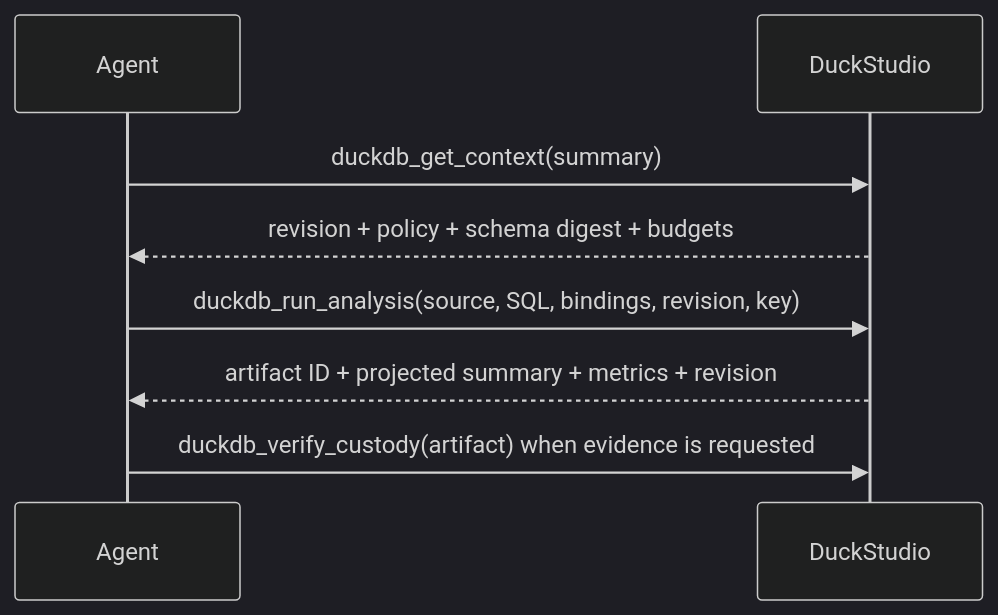
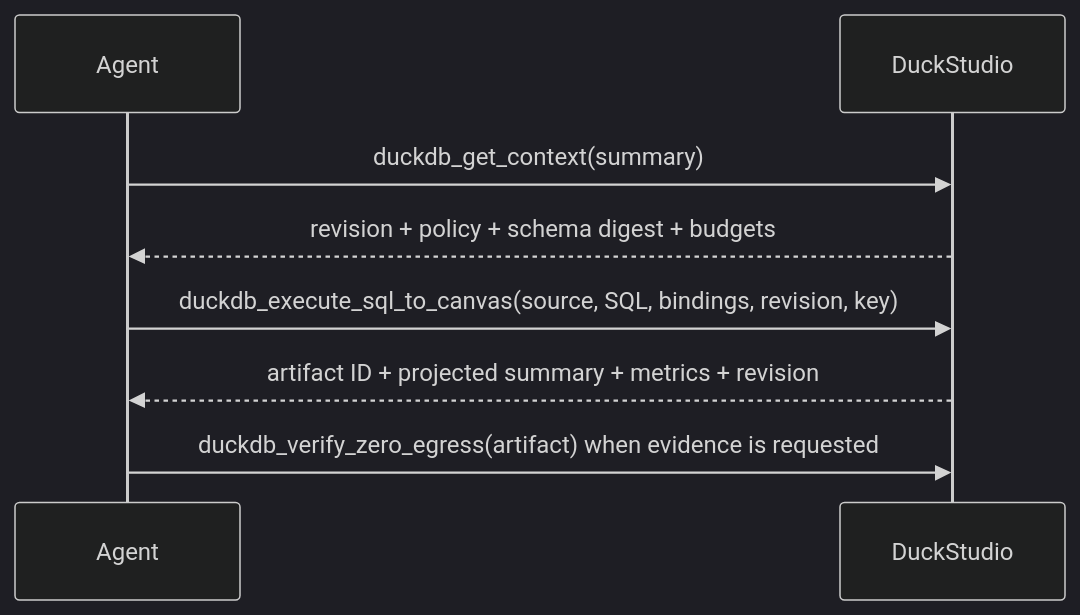
The second of 2 diagrams in docs/prd.md (abodacs/DuckStudio), drawn with Mermaid (dark theme) before and after one commit. The commit also changed other lines of this file and 9 other files, not shown here.

````diff
--- a/docs/prd.md
+++ b/docs/prd.md
@@ -77,10 +77,10 @@
 ```mermaid
 sequenceDiagram
     participant A as Agent
     participant D as DuckStudio
     A->>D: duckdb_get_context(summary)
     D-->>A: revision + policy + schema digest + budgets
-    A->>D: duckdb_run_analysis(source, SQL, bindings, revision, key)
+    A->>D: duckdb_execute_sql_to_canvas(source, SQL, bindings, revision, key)
     D-->>A: artifact ID + projected summary + metrics + revision
-    A->>D: duckdb_verify_custody(artifact) when evidence is requested
+    A->>D: duckdb_verify_zero_egress(artifact) when evidence is requested
 ```
````
